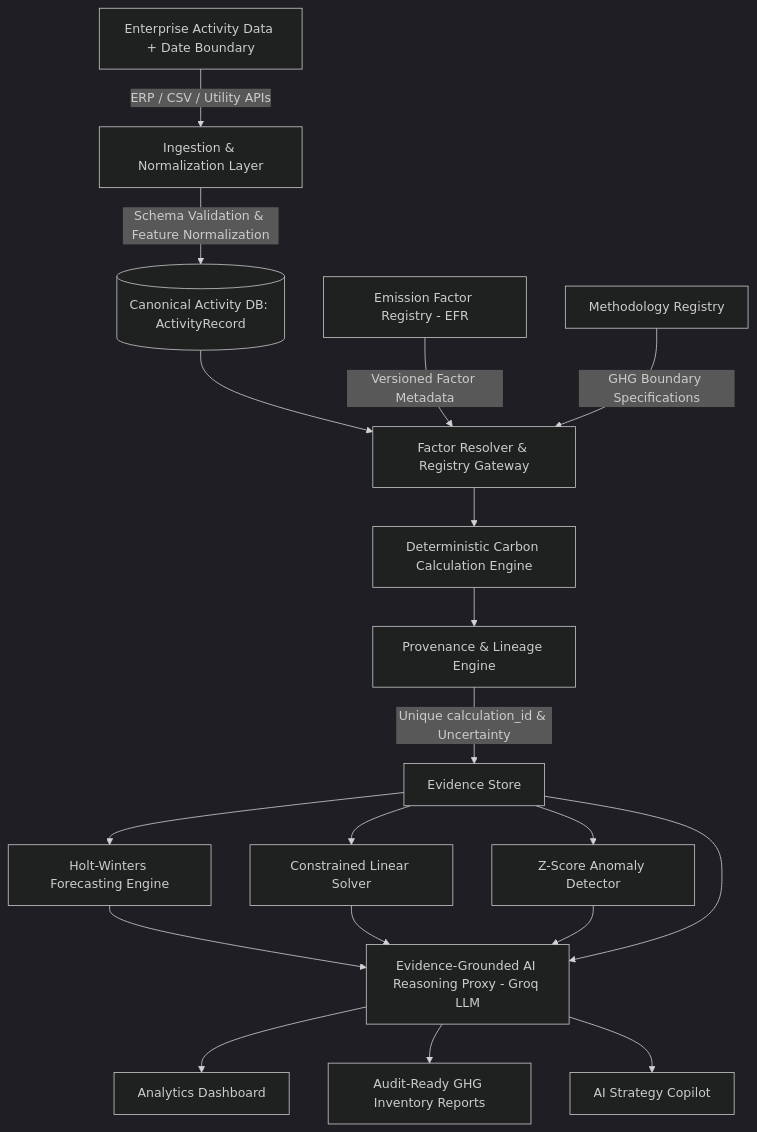
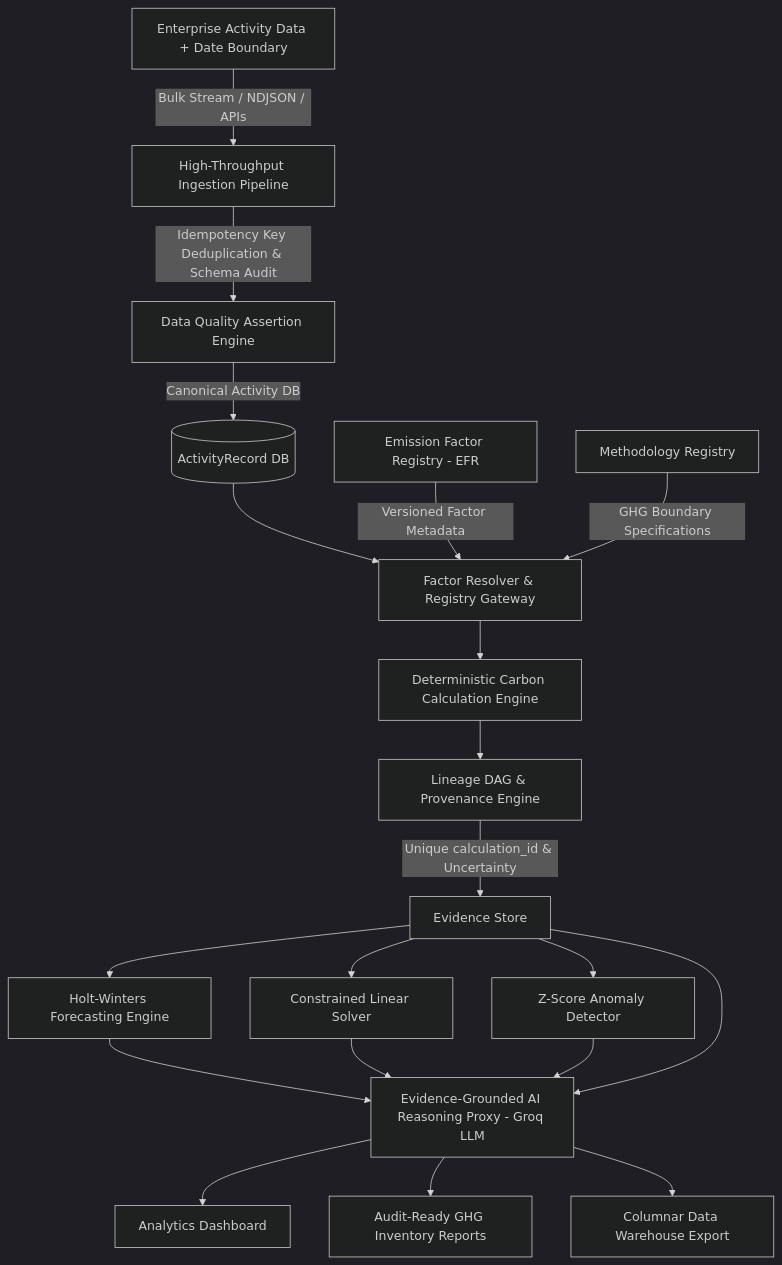
One commit to Dhruvg334/Carbonly changed the first of 3 diagrams in README.md. Above: the diagram before and after it, drawn with Mermaid (dark theme). The commit also changed other lines of this file and 5 other files, not shown here.

Commit message:
feat(de): implement high-throughput batch ingestion pipeline, data quality assertions, lineage DAG, and warehouse exporter

````diff
--- a/README.md
+++ b/README.md
@@ -28,24 +29,25 @@
 ```mermaid
 graph TD
-    A[Enterprise Activity Data + Date Boundary] -->|ERP / CSV / Utility APIs| B[Ingestion & Normalization Layer]
-    B -->|Schema Validation & Feature Normalization| C[(Canonical Activity DB: ActivityRecord)]
-    C --> D[Factor Resolver & Registry Gateway]
-    E[Emission Factor Registry - EFR] -->|Versioned Factor Metadata| D
-    F[Methodology Registry] -->|GHG Boundary Specifications| D
-    D --> G[Deterministic Carbon Calculation Engine]
-    G --> H[Provenance & Lineage Engine]
-    H -->|Unique calculation_id & Uncertainty| I[Evidence Store]
+    A[Enterprise Activity Data + Date Boundary] -->|Bulk Stream / NDJSON / APIs| B[High-Throughput Ingestion Pipeline]
+    B -->|Idempotency Key Deduplication & Schema Audit| C[Data Quality Assertion Engine]
+    C -->|Canonical Activity DB| D[(ActivityRecord DB)]
+    D --> E[Factor Resolver & Registry Gateway]
+    F[Emission Factor Registry - EFR] -->|Versioned Factor Metadata| E
+    G[Methodology Registry] -->|GHG Boundary Specifications| E
+    E --> H[Deterministic Carbon Calculation Engine]
+    H --> I[Lineage DAG & Provenance Engine]
+    I -->|Unique calculation_id & Uncertainty| J[Evidence Store]
     
-    I --> J[Holt-Winters Forecasting Engine]
-    I --> K[Constrained Linear Solver]
-    I --> L[Z-Score Anomaly Detector]
+    J --> K[Holt-Winters Forecasting Engine]
+    J --> L[Constrained Linear Solver]
+    J --> M[Z-Score Anomaly Detector]
     
-    J --> M[Evidence-Grounded AI Reasoning Proxy - Groq LLM]
-    K --> M
-    L --> M
-    I --> M
+    K --> N[Evidence-Grounded AI Reasoning Proxy - Groq LLM]
+    L --> N
+    M --> N
+    J --> N
     
-    M --> N[Analytics Dashboard]
-    M --> O[Audit-Ready GHG Inventory Reports]
-    M --> P[AI Strategy Copilot]
+    N --> O[Analytics Dashboard]
+    N --> P[Audit-Ready GHG Inventory Reports]
+    N --> Q[Columnar Data Warehouse Export]
 ```
````
